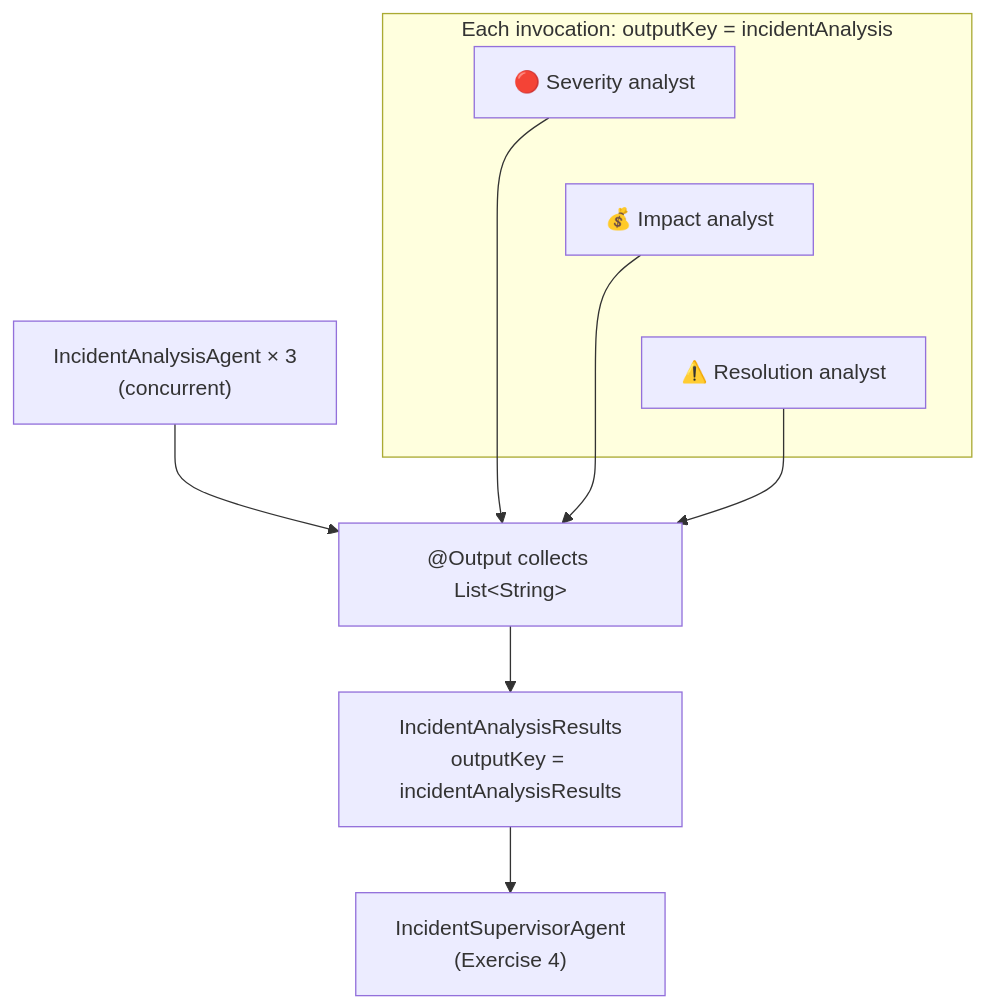
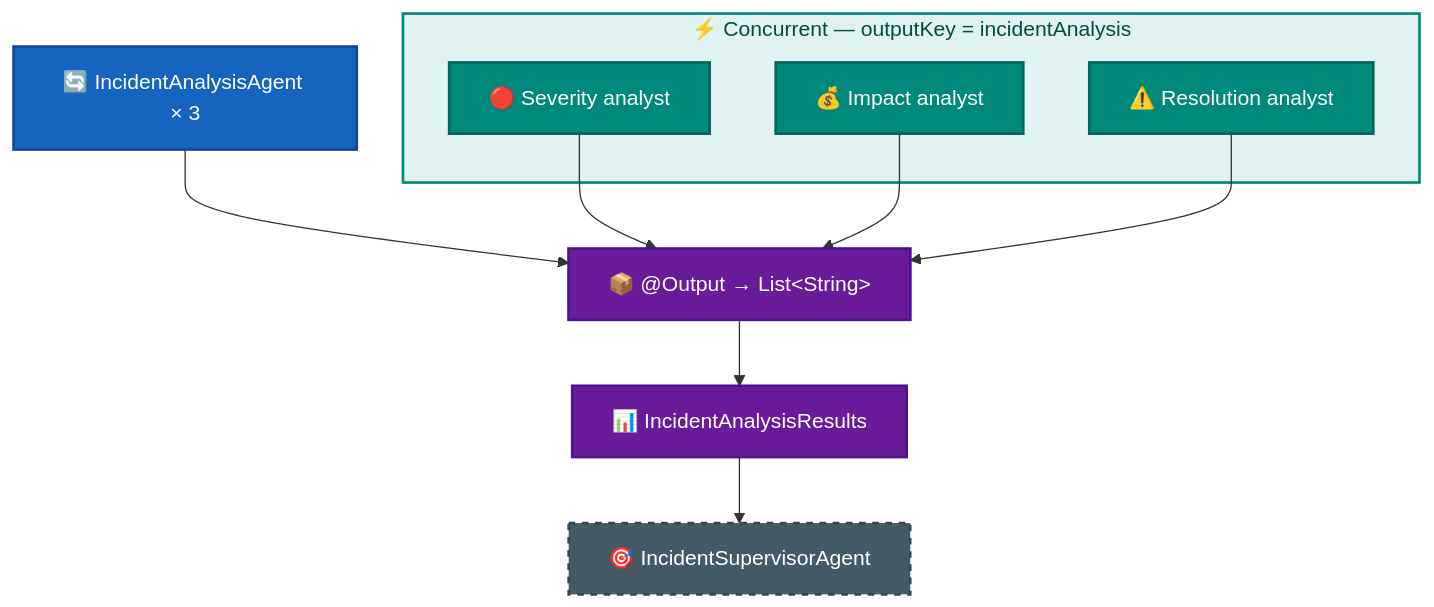
The diagram in docs/03-parallel-workflow/START_HERE.md (danieloh30/techxchange-2026-quarkus-bob-lab), drawn with Mermaid before and after one commit. The commit also changed 5 other files, not shown here.

First line of the commit message:
docs: restyle all Mermaid charts with color-coded nodes and icons

````diff
--- a/docs/03-parallel-workflow/START_HERE.md
+++ b/docs/03-parallel-workflow/START_HERE.md
@@ -28,13 +28,26 @@
 ```mermaid
 flowchart TD
-    A["IncidentAnalysisAgent × 3<br/>(concurrent)"] --> B["@Output collects List&lt;String&gt;"]
-    B --> C["IncidentAnalysisResults<br/>outputKey = incidentAnalysisResults"]
-    C --> D["IncidentSupervisorAgent<br/>(Exercise 4)"]
+    A["🔄 IncidentAnalysisAgent × 3"]:::workflow
+    B["📦 @Output → List&lt;String&gt;"]:::output
+    C["📊 IncidentAnalysisResults"]:::output
+    D["🎯 IncidentSupervisorAgent"]:::next
 
-    subgraph parallel["Each invocation: outputKey = incidentAnalysis"]
-        A1["🔴 Severity analyst"] ~~~ A2["💰 Impact analyst"] ~~~ A3["⚠️ Resolution analyst"]
+    A --> B --> C --> D
+
+    subgraph parallel["⚡ Concurrent — outputKey = incidentAnalysis"]
+        A1["🔴 Severity analyst"]:::agent
+        A2["💰 Impact analyst"]:::agent
+        A3["⚠️ Resolution analyst"]:::agent
     end
+
     A1 --> B
     A2 --> B
     A3 --> B
+
+    classDef workflow fill:#1565c0,stroke:#0d47a1,color:#fff,stroke-width:2px
+    classDef agent fill:#00897b,stroke:#00695c,color:#fff,stroke-width:2px
+    classDef output fill:#6a1b9a,stroke:#4a148c,color:#fff,stroke-width:2px
+    classDef next fill:#455a64,stroke:#37474f,color:#fff,stroke-width:2px,stroke-dasharray:5
+
+    style parallel fill:#e0f2f1,stroke:#00897b,stroke-width:2px,color:#004d40
 ```
````
